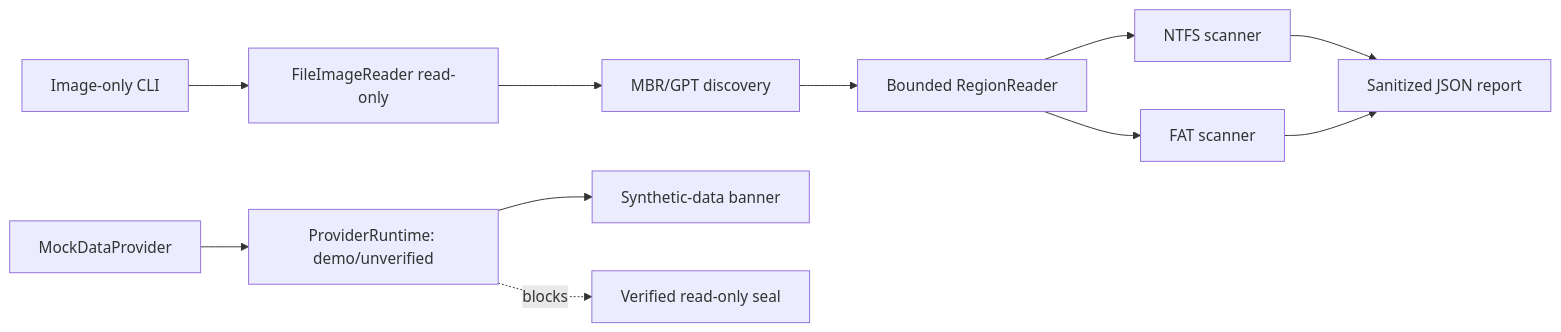
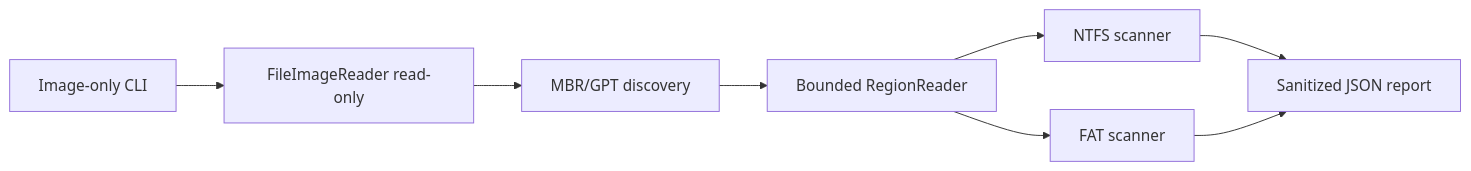
The diagram in docs/specs/016-foundation-hardening-and-safe-image-cli.md (Fscarpelli/Undelete-Master), drawn with Mermaid before and after one commit. The commit also changed other lines of this file and 120 other files, not shown here.

````diff
--- a/docs/specs/016-foundation-hardening-and-safe-image-cli.md
+++ b/docs/specs/016-foundation-hardening-and-safe-image-cli.md
@@ -390,14 +528,10 @@
 ```mermaid
 flowchart LR
     CLI["Image-only CLI"] --> FileReader["FileImageReader read-only"]
     FileReader --> Partition["MBR/GPT discovery"]
     Partition --> Region["Bounded RegionReader"]
     Region --> NTFS["NTFS scanner"]
     Region --> FAT["FAT scanner"]
     NTFS --> Report["Sanitized JSON report"]
     FAT --> Report
-
-    Demo["MockDataProvider"] --> Runtime["ProviderRuntime: demo/unverified"]
-    Runtime --> Banner["Synthetic-data banner"]
-    Runtime -. blocks .-> Seal["Verified read-only seal"]
 ```
````
